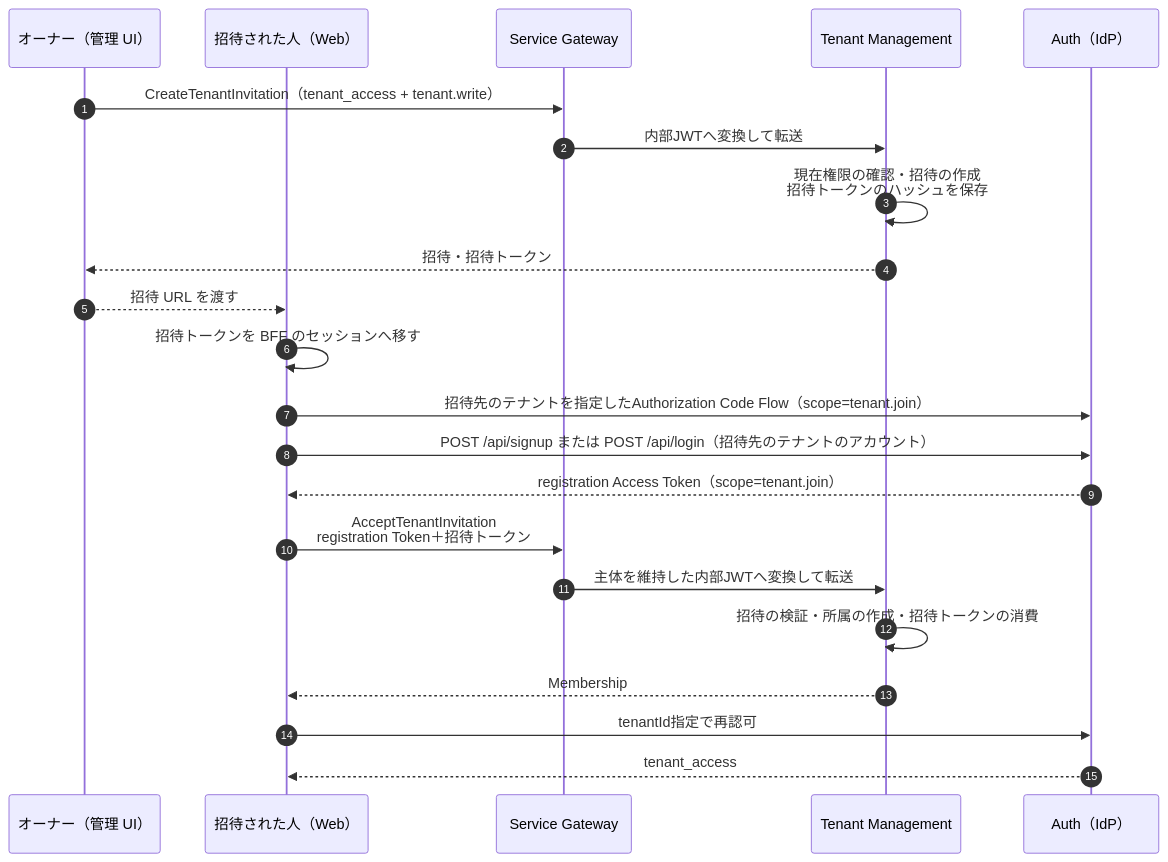
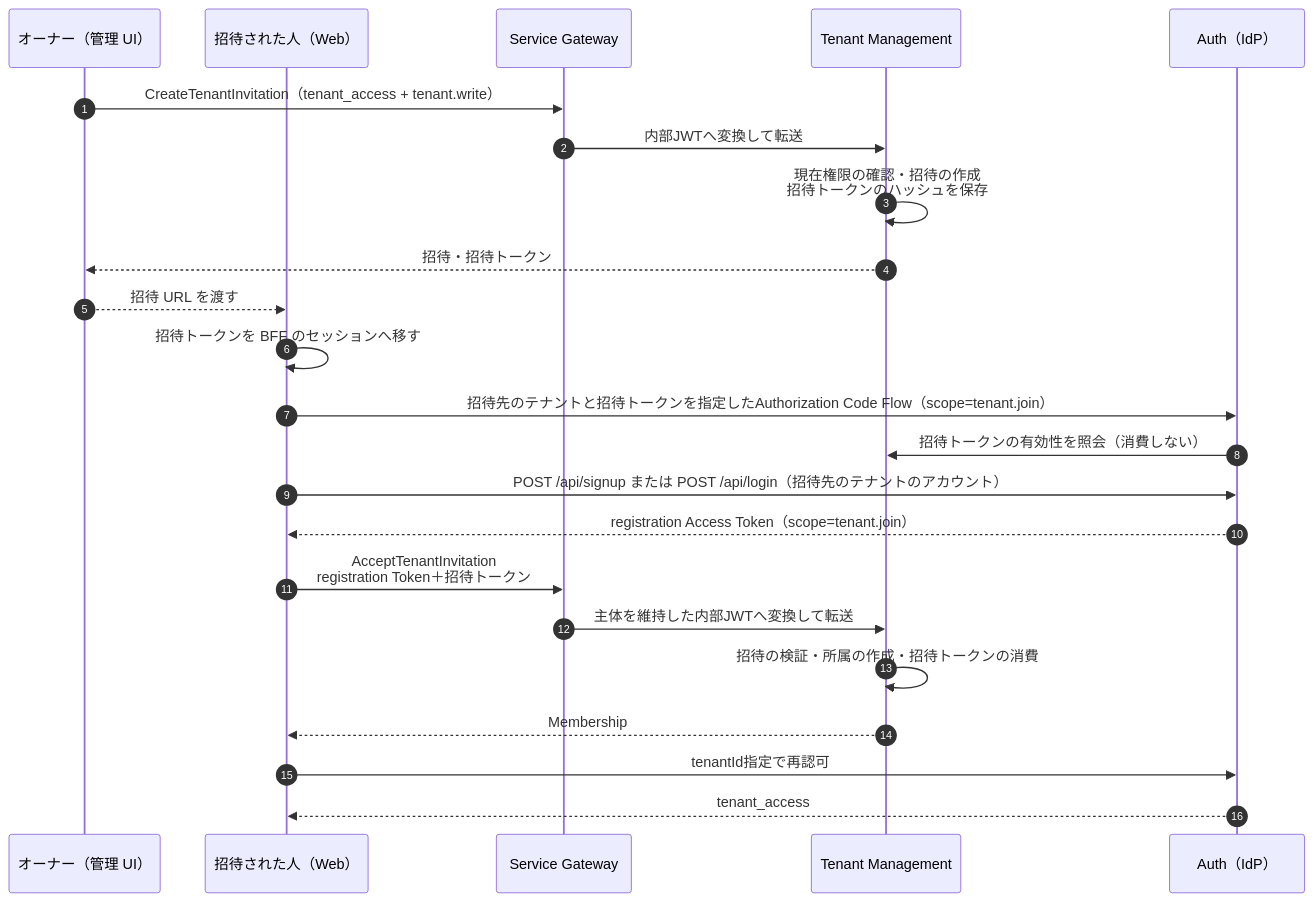
The fifth of 6 diagrams in docs/service_map.md (pj-hoakari/tolo-service-gateway), drawn with Mermaid before and after one commit. The commit also changed other lines of this file, not shown here.

Commit message:
docs: sync spec docs with hoakari-root

````diff
--- a/docs/service_map.md
+++ b/docs/service_map.md
@@ -229,25 +230,26 @@
 ```mermaid
 sequenceDiagram
   autonumber
   participant Owner as オーナー（管理 UI）
   participant User as 招待された人（Web）
   participant GW as Service Gateway
   participant TM as Tenant Management
   participant IdP as Auth（IdP）
 
   Owner->>GW: CreateTenantInvitation（tenant_access + tenant.write）
   GW->>TM: 内部JWTへ変換して転送
   TM->>TM: 現在権限の確認・招待の作成<br/>招待トークンのハッシュを保存
   TM-->>Owner: 招待・招待トークン
   Owner-->>User: 招待 URL を渡す
   User->>User: 招待トークンを BFF のセッションへ移す
-  User->>IdP: 招待先のテナントを指定したAuthorization Code Flow（scope=tenant.join）
+  User->>IdP: 招待先のテナントと招待トークンを指定したAuthorization Code Flow（scope=tenant.join）
+  IdP->>TM: 招待トークンの有効性を照会（消費しない）
   User->>IdP: POST /api/signup または POST /api/login（招待先のテナントのアカウント）
   IdP-->>User: registration Access Token（scope=tenant.join）
   User->>GW: AcceptTenantInvitation<br/>registration Token＋招待トークン
   GW->>TM: 主体を維持した内部JWTへ変換して転送
   TM->>TM: 招待の検証・所属の作成・招待トークンの消費
   TM-->>User: Membership
   User->>IdP: tenantId指定で再認可
   IdP-->>User: tenant_access
 ```
````
